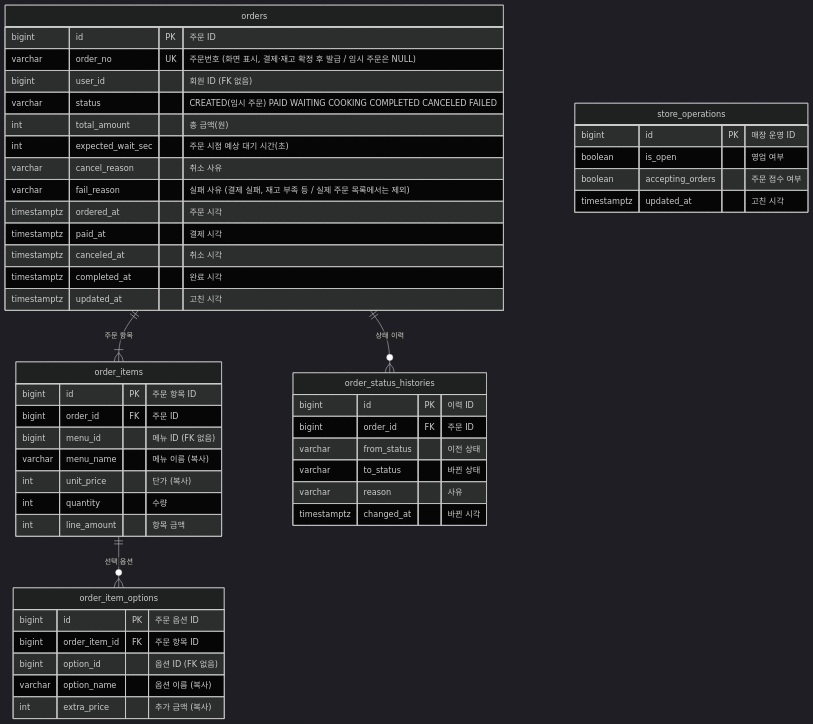
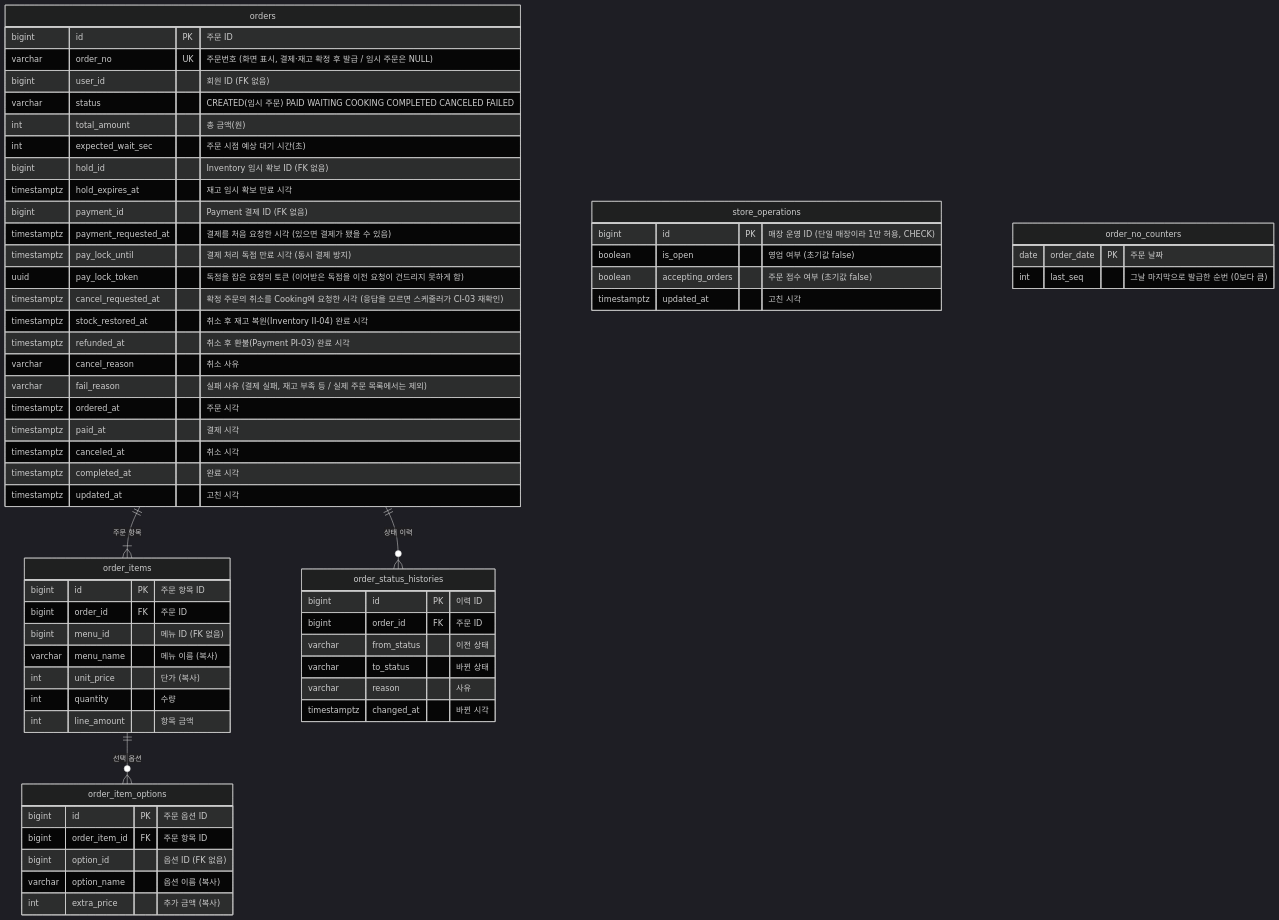
One commit to ktcloud-cloudnative-2026/team02-5xx changed the fourth of 9 diagrams in docs/erd/notion-draft.md. Above: the diagram before and after it, drawn with Mermaid (dark theme). The commit also changed other lines of this file and 2 other files, not shown here.

First line of the commit message:
docs: ERD 초안에 Order 구현(Flyway V1~V3) 내용 반영 (#97) (#98)

````diff
--- a/docs/erd/notion-draft.md
+++ b/docs/erd/notion-draft.md
@@ -187,56 +193,70 @@
 ```mermaid
 erDiagram
     orders ||--|{ order_items : "주문 항목"
     order_items ||--o{ order_item_options : "선택 옵션"
     orders ||--o{ order_status_histories : "상태 이력"
 
     orders {
         bigint id PK "주문 ID"
         varchar order_no UK "주문번호 (화면 표시, 결제·재고 확정 후 발급 / 임시 주문은 NULL)"
         bigint user_id "회원 ID (FK 없음)"
         varchar status "CREATED(임시 주문) PAID WAITING COOKING COMPLETED CANCELED FAILED"
         int total_amount "총 금액(원)"
         int expected_wait_sec "주문 시점 예상 대기 시간(초)"
+        bigint hold_id "Inventory 임시 확보 ID (FK 없음)"
+        timestamptz hold_expires_at "재고 임시 확보 만료 시각"
+        bigint payment_id "Payment 결제 ID (FK 없음)"
+        timestamptz payment_requested_at "결제를 처음 요청한 시각 (있으면 결제가 됐을 수 있음)"
+        timestamptz pay_lock_until "결제 처리 독점 만료 시각 (동시 결제 방지)"
+        uuid pay_lock_token "독점을 잡은 요청의 토큰 (이어받은 독점을 이전 요청이 건드리지 못하게 함)"
+        timestamptz cancel_requested_at "확정 주문의 취소를 Cooking에 요청한 시각 (응답을 모르면 스케줄러가 CI-03 재확인)"
+        timestamptz stock_restored_at "취소 후 재고 복원(Inventory II-04) 완료 시각"
+        timestamptz refunded_at "취소 후 환불(Payment PI-03) 완료 시각"
         varchar cancel_reason "취소 사유"
         varchar fail_reason "실패 사유 (결제 실패, 재고 부족 등 / 실제 주문 목록에서는 제외)"
         timestamptz ordered_at "주문 시각"
         timestamptz paid_at "결제 시각"
         timestamptz canceled_at "취소 시각"
         timestamptz completed_at "완료 시각"
         timestamptz updated_at "고친 시각"
     }
 
     order_items {
         bigint id PK "주문 항목 ID"
         bigint order_id FK "주문 ID"
         bigint menu_id "메뉴 ID (FK 없음)"
         varchar menu_name "메뉴 이름 (복사)"
         int unit_price "단가 (복사)"
         int quantity "수량"
         int line_amount "항목 금액"
     }
 
     order_item_options {
         bigint id PK "주문 옵션 ID"
         bigint order_item_id FK "주문 항목 ID"
         bigint option_id "옵션 ID (FK 없음)"
         varchar option_name "옵션 이름 (복사)"
         int extra_price "추가 금액 (복사)"
     }
 
     order_status_histories {
         bigint id PK "이력 ID"
         bigint order_id FK "주문 ID"
         varchar from_status "이전 상태"
         varchar to_status "바뀐 상태"
         varchar reason "사유"
         timestamptz changed_at "바뀐 시각"
     }
 
     store_operations {
-        bigint id PK "매장 운영 ID"
-        boolean is_open "영업 여부"
-        boolean accepting_orders "주문 접수 여부"
+        bigint id PK "매장 운영 ID (단일 매장이라 1만 허용, CHECK)"
+        boolean is_open "영업 여부 (초기값 false)"
+        boolean accepting_orders "주문 접수 여부 (초기값 false)"
         timestamptz updated_at "고친 시각"
     }
+
+    order_no_counters {
+        date order_date PK "주문 날짜"
+        int last_seq "그날 마지막으로 발급한 순번 (0보다 큼)"
+    }
 ```
````
